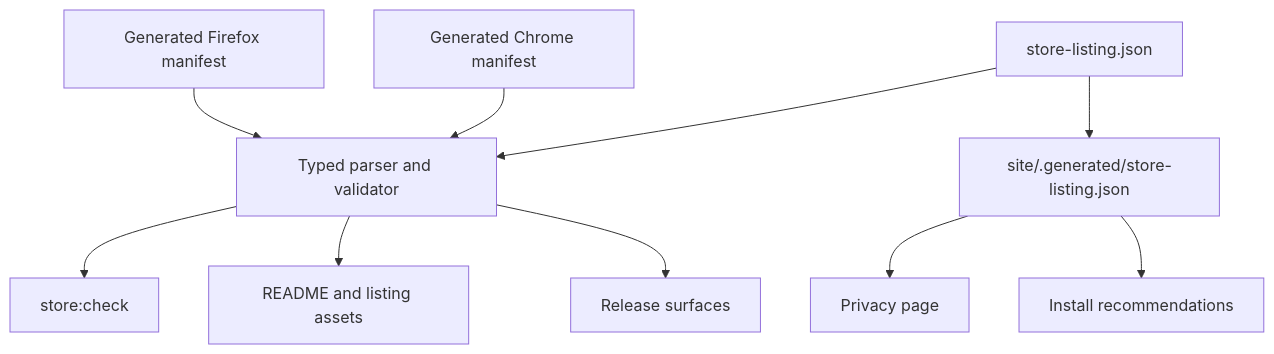
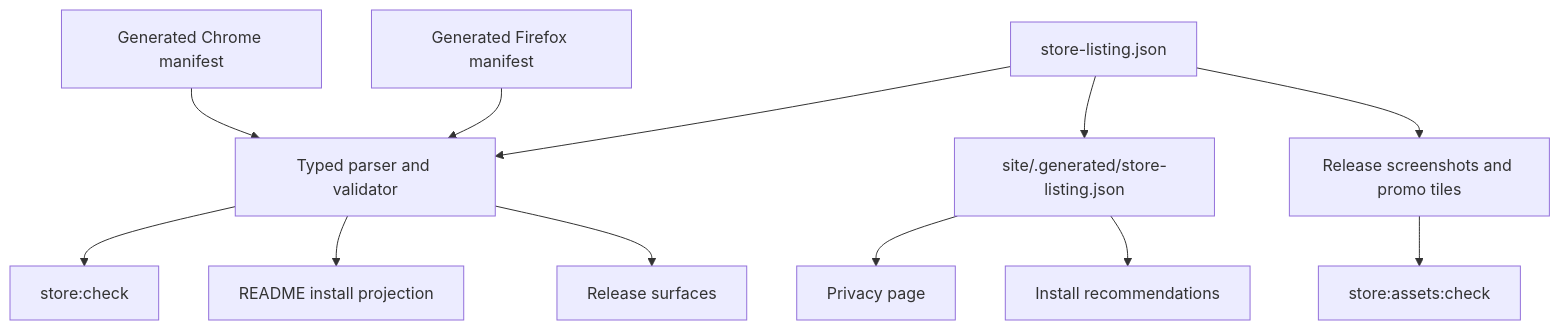
The second of 2 diagrams in docs/specs/store-publication.md (whizzzkid/point-and-shoot), drawn with Mermaid before and after one commit. The commit also changed other lines of this file and 7 other files, not shown here.

Commit message:
docs(readme): 📝 add browser store install flow

````diff
--- a/docs/specs/store-publication.md
+++ b/docs/specs/store-publication.md
@@ -106,12 +123,14 @@
 ```mermaid
 flowchart TD
     Contract[store-listing.json] --> Parser[Typed parser and validator]
     ChromeManifest[Generated Chrome manifest] --> Parser
     FirefoxManifest[Generated Firefox manifest] --> Parser
     Parser --> Gate[store:check]
     Contract --> SiteProjection[site/.generated/store-listing.json]
     SiteProjection --> Privacy[Privacy page]
     SiteProjection --> Install[Install recommendations]
-    Parser --> Repository[README and listing assets]
+    Parser --> ReadmeSync[README install projection]
+    Contract --> AssetGenerator[Release screenshots and promo tiles]
+    AssetGenerator --> AssetGate[store:assets:check]
     Parser --> Release[Release surfaces]
 ```
````
